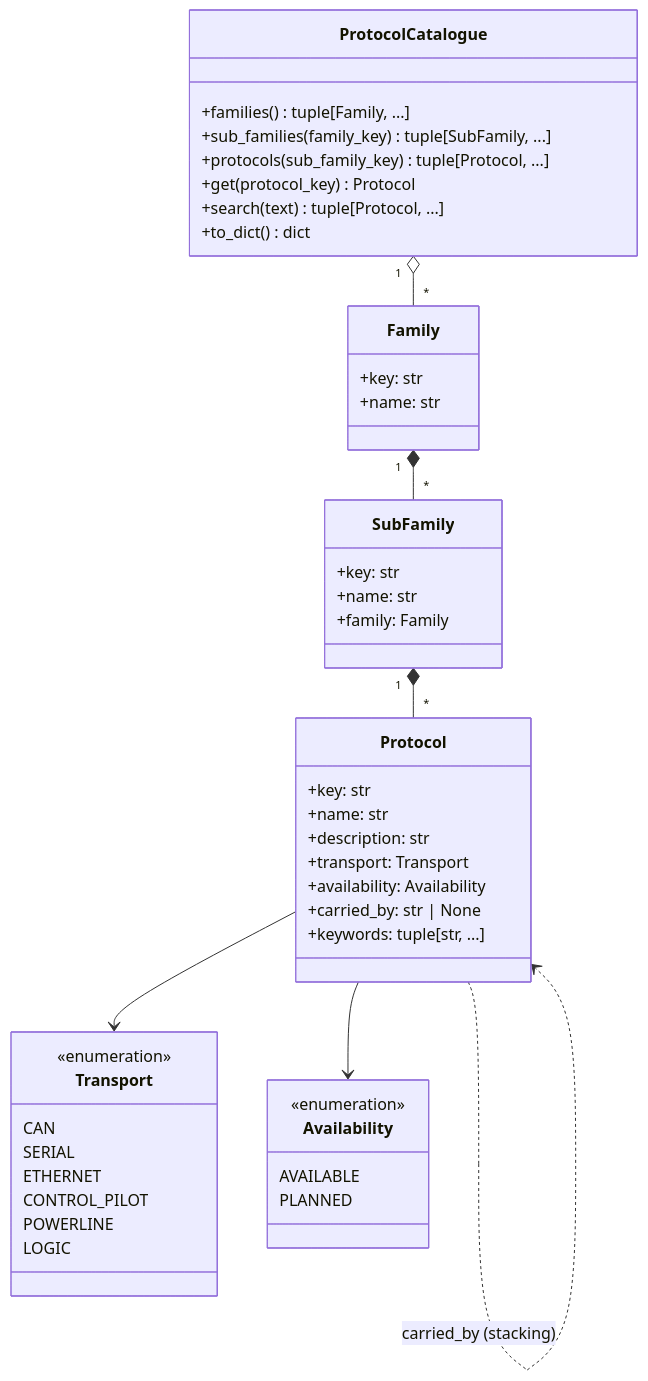
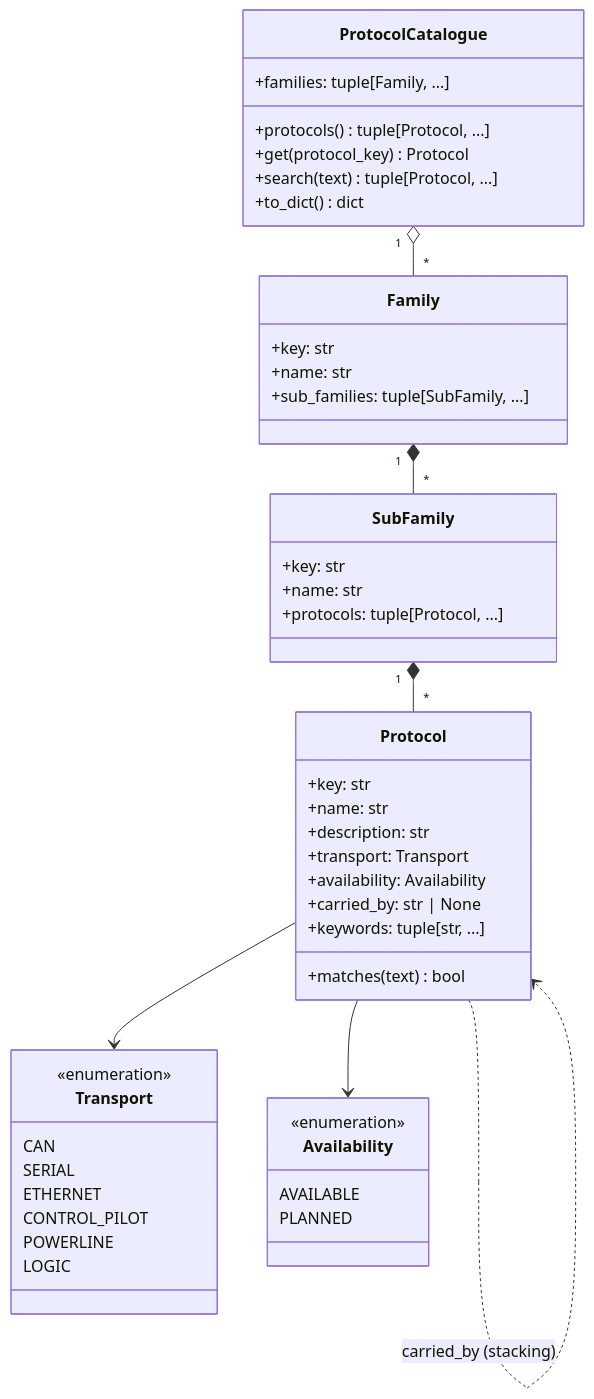
Before and after one commit to benoit-bremaud/busscope: the diagram in docs/architecture/diagrams/protocol-catalogue/01-class.md, drawn with Mermaid. The commit also changed 4 other files, not shown here.

First line of the commit message:
fix(ui): refuse a planned initial protocol and align the class diagram

````diff
--- a/docs/architecture/diagrams/protocol-catalogue/01-class.md
+++ b/docs/architecture/diagrams/protocol-catalogue/01-class.md
@@ -6,49 +6,50 @@
 ```mermaid
 classDiagram
     class Transport {
         <<enumeration>>
         CAN
         SERIAL
         ETHERNET
         CONTROL_PILOT
         POWERLINE
         LOGIC
     }
     class Availability {
         <<enumeration>>
         AVAILABLE
         PLANNED
     }
     class Family {
         +key: str
         +name: str
+        +sub_families: tuple[SubFamily, ...]
     }
     class SubFamily {
         +key: str
         +name: str
-        +family: Family
+        +protocols: tuple[Protocol, ...]
     }
     class Protocol {
         +key: str
         +name: str
         +description: str
         +transport: Transport
         +availability: Availability
         +carried_by: str | None
         +keywords: tuple[str, ...]
+        +matches(text) bool
     }
     class ProtocolCatalogue {
-        +families() tuple[Family, ...]
-        +sub_families(family_key) tuple[SubFamily, ...]
-        +protocols(sub_family_key) tuple[Protocol, ...]
+        +families: tuple[Family, ...]
+        +protocols() tuple[Protocol, ...]
         +get(protocol_key) Protocol
         +search(text) tuple[Protocol, ...]
         +to_dict() dict
     }
     ProtocolCatalogue "1" o-- "*" Family
     Family "1" *-- "*" SubFamily
     SubFamily "1" *-- "*" Protocol
     Protocol --> Transport
     Protocol --> Availability
     Protocol ..> Protocol : carried_by (stacking)
 ```
````
